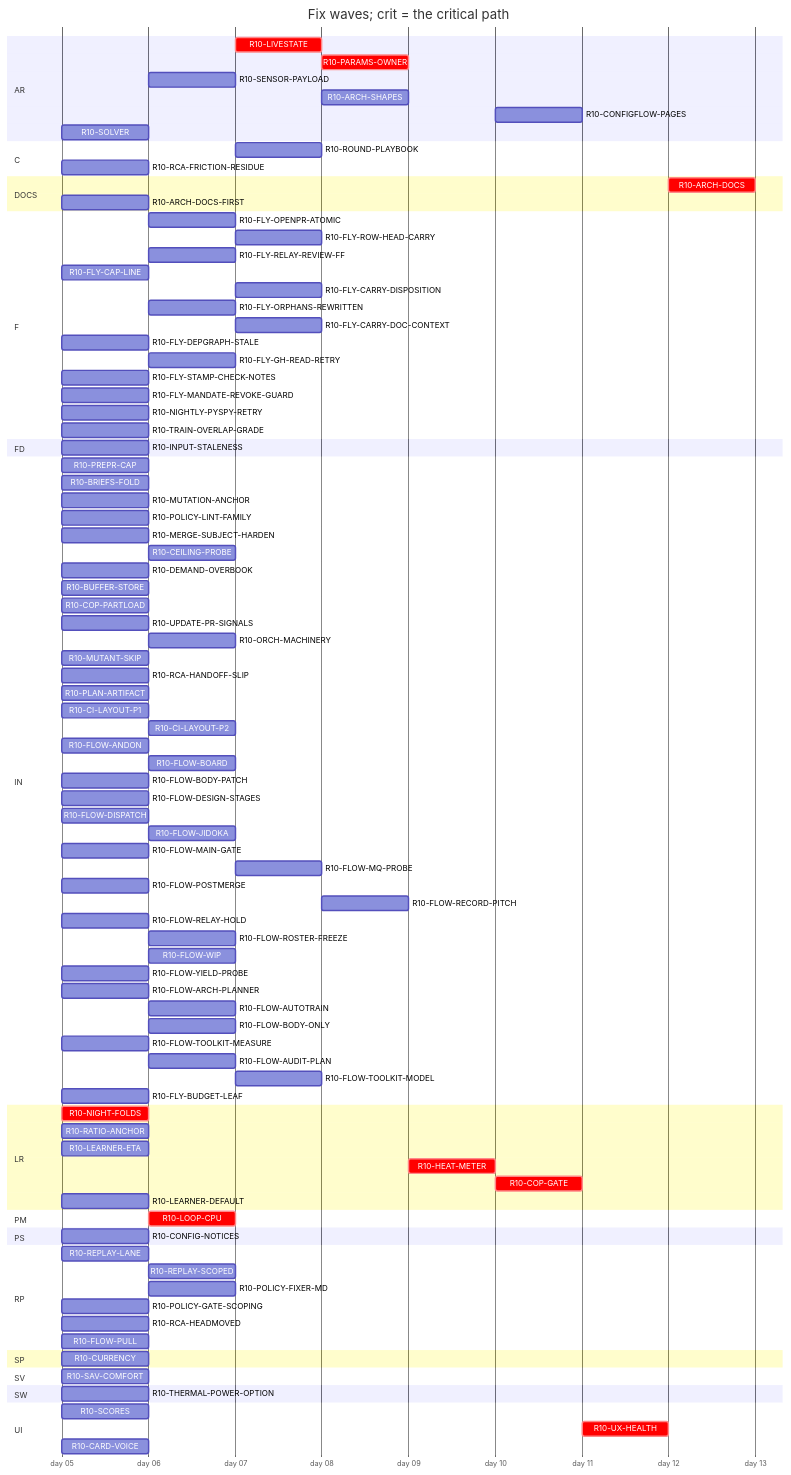
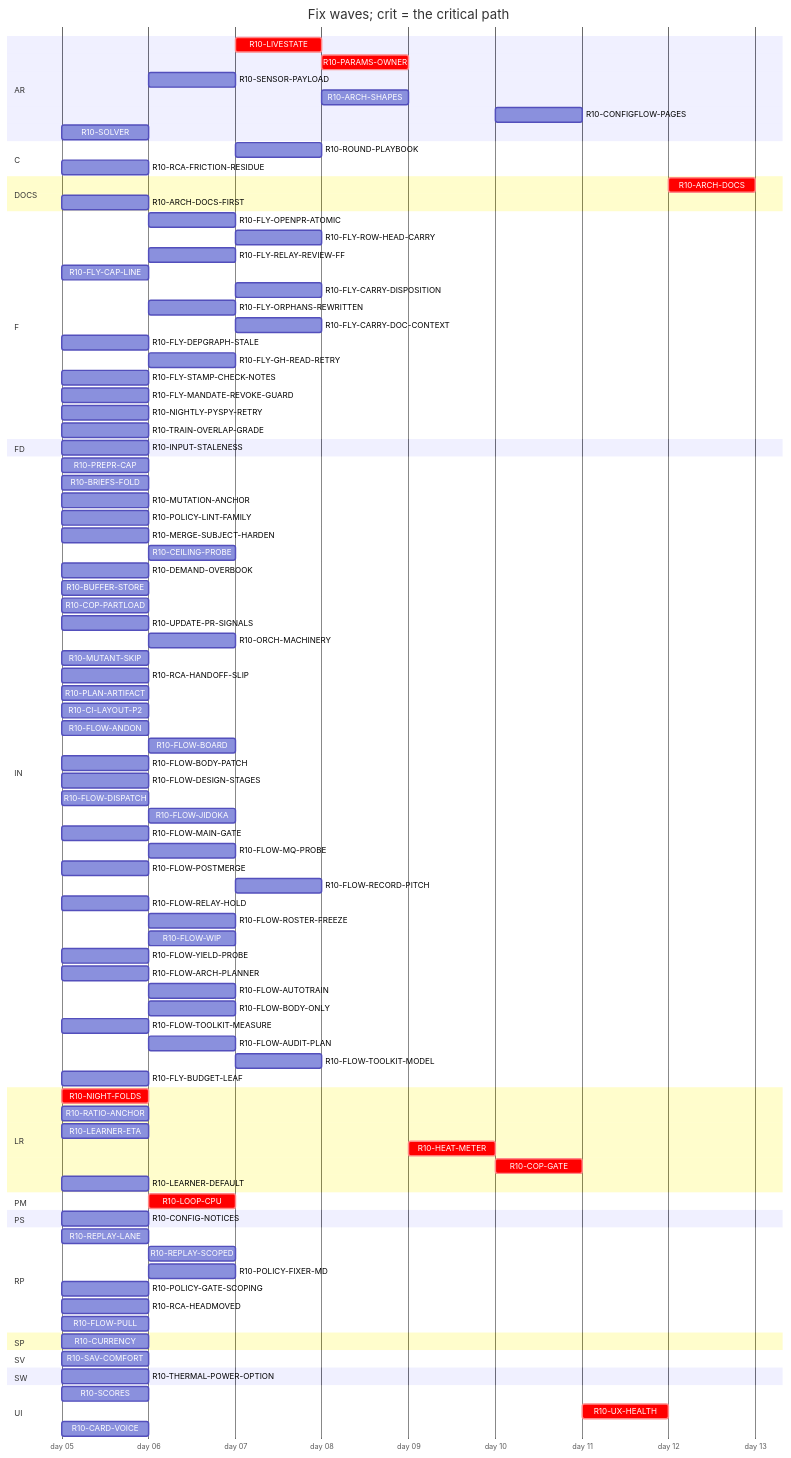
One commit to tvofi/heatpump_optimizer changed the diagram in handoff/round10/state/PLAN-TABLE.md. Above: the diagram before and after it, drawn with Mermaid. The commit also changed other lines of this file and 2 other files, not shown here.

```diff
--- a/handoff/round10/state/PLAN-TABLE.md
+++ b/handoff/round10/state/PLAN-TABLE.md
@@ -40,7 +40,7 @@
     R10-ROUND-PLAYBOOK :r10ROUNDPLAYBOOK, after r10FLOWARCHPLANNER r10FLOWAUDITPLAN r10ORCHMACHINERY r10FLOWAUTOTRAIN r10FLOWMAINGATE r10FLOWDISPATCH r10CILAYOUTP2, 1d
     R10-RCA-FRICTION-RESIDUE :r10RCAFRICTIONRESIDUE, 2026-01-05, 1d
   section DOCS
-    R10-ARCH-DOCS :crit, r10ARCHDOCS, after r10NIGHTFOLDS r10RATIOANCHOR r10INPUTSTALENESS r10CURRENCY r10LOOPCPU r10SCORES r10LIVESTATE r10CONFIGNOTICES r10PARAMSOWNER r10SENSORPAYLOAD r10ARCHSHAPES r10LEARNERETA r10HEATMETER r10COPGATE r10UXHEALTH r10CONFIGFLOWPAGES r10SOLVER r10BRIEFSFOLD r10REPLAYLANE r10REPLAYSCOPED, 1d
+    R10-ARCH-DOCS :crit, r10ARCHDOCS, after r10NIGHTFOLDS r10RATIOANCHOR r10INPUTSTALENESS r10CURRENCY r10LOOPCPU r10SCORES r10LIVESTATE r10CONFIGNOTICES r10PARAMSOWNER r10SENSORPAYLOAD r10ARCHSHAPES r10LEARNERETA r10HEATMETER r10COPGATE r10UXHEALTH r10CONFIGFLOWPAGES r10SOLVER r10BRIEFSFOLD r10REPLAYLANE r10REPLAYSCOPED r10ARCHDOCSFIRST, 1d
     R10-ARCH-DOCS-FIRST :r10ARCHDOCSFIRST, 2026-01-05, 1d
   section F
     R10-FLY-OPENPR-ATOMIC :r10FLYOPENPRATOMIC, after r10UPDATEPRSIGNALS, 1d
@@ -51,7 +51,7 @@
     R10-FLY-ORPHANS-REWRITTEN :r10FLYORPHANSREWRITTEN, after r10FLOWRELAYHOLD r10UPDATEPRSIGNALS, 1d
     R10-FLY-CARRY-DOC-CONTEXT :r10FLYCARRYDOCCONTEXT, after r10FLYGHREADRETRY, 1d
     R10-FLY-DEPGRAPH-STALE :r10FLYDEPGRAPHSTALE, 2026-01-05, 1d
-    R10-FLY-GH-READ-RETRY :r10FLYGHREADRETRY, after r10CILAYOUTP1 r10FLOWMAINGATE r10UPDATEPRSIGNALS, 1d
+    R10-FLY-GH-READ-RETRY :r10FLYGHREADRETRY, after r10FLOWMAINGATE r10UPDATEPRSIGNALS, 1d
     R10-FLY-STAMP-CHECK-NOTES :r10FLYSTAMPCHECKNOTES, 2026-01-05, 1d
     R10-FLY-MANDATE-REVOKE-GUARD :r10FLYMANDATEREVOKEGUARD, 2026-01-05, 1d
     R10-NIGHTLY-PYSPY-RETRY :r10NIGHTLYPYSPYRETRY, 2026-01-05, 1d
@@ -69,12 +69,11 @@
     R10-BUFFER-STORE :r10BUFFERSTORE, 2026-01-05, 1d
     R10-COP-PARTLOAD :r10COPPARTLOAD, 2026-01-05, 1d
     R10-UPDATE-PR-SIGNALS :r10UPDATEPRSIGNALS, 2026-01-05, 1d
-    R10-ORCH-MACHINERY :r10ORCHMACHINERY, after r10FLOWMAINGATE r10CILAYOUTP1, 1d
+    R10-ORCH-MACHINERY :r10ORCHMACHINERY, after r10FLOWMAINGATE, 1d
     R10-MUTANT-SKIP :r10MUTANTSKIP, 2026-01-05, 1d
     R10-RCA-HANDOFF-SLIP :r10RCAHANDOFFSLIP, 2026-01-05, 1d
     R10-PLAN-ARTIFACT :r10PLANARTIFACT, 2026-01-05, 1d
-    R10-CI-LAYOUT-P1 :r10CILAYOUTP1, 2026-01-05, 1d
-    R10-CI-LAYOUT-P2 :r10CILAYOUTP2, after r10CILAYOUTP1, 1d
+    R10-CI-LAYOUT-P2 :r10CILAYOUTP2, 2026-01-05, 1d
     R10-FLOW-ANDON :r10FLOWANDON, 2026-01-05, 1d
     R10-FLOW-BOARD :r10FLOWBOARD, after r10PLANARTIFACT, 1d
     R10-FLOW-BODY-PATCH :r10FLOWBODYPATCH, 2026-01-05, 1d
```
